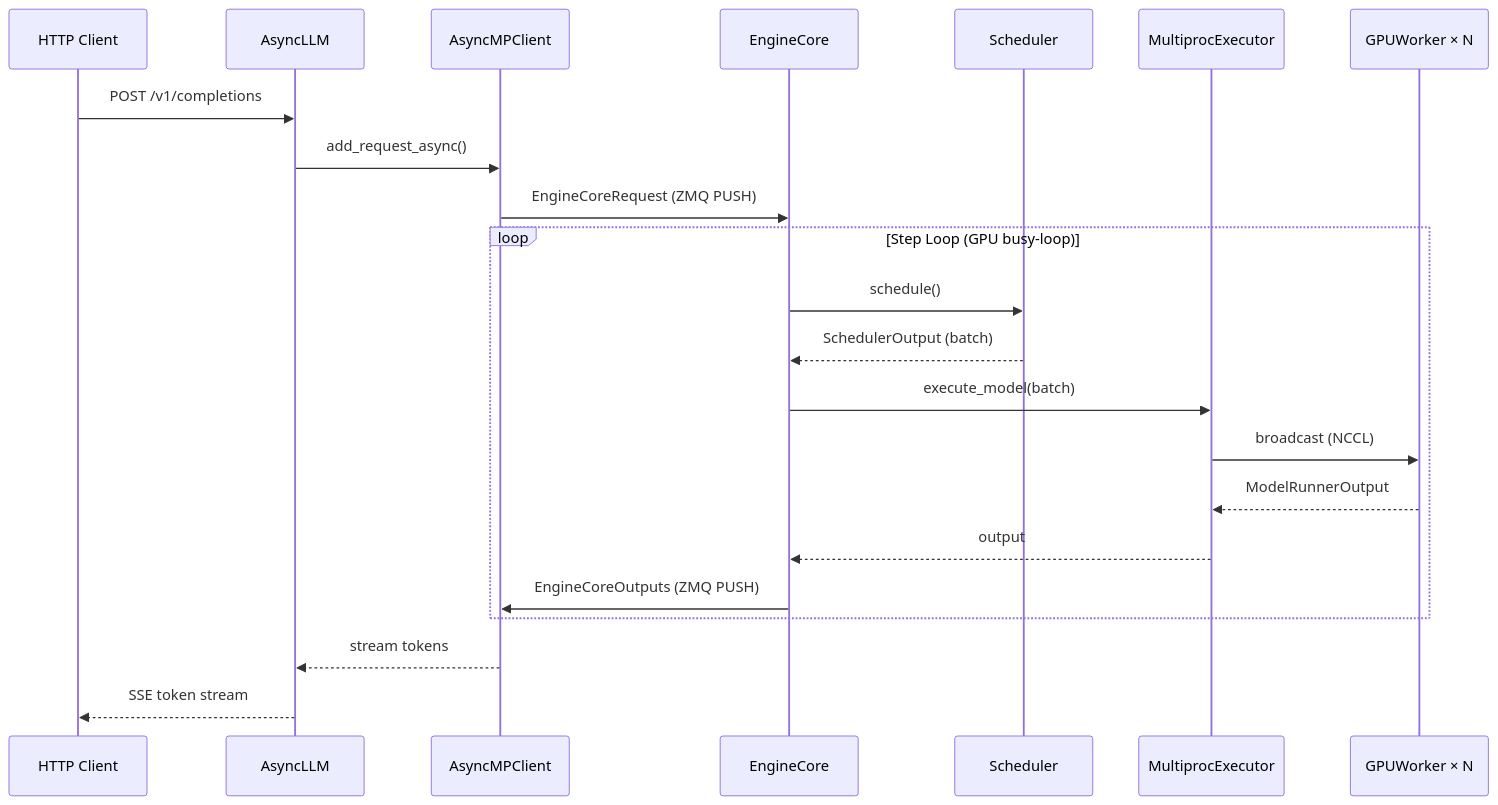
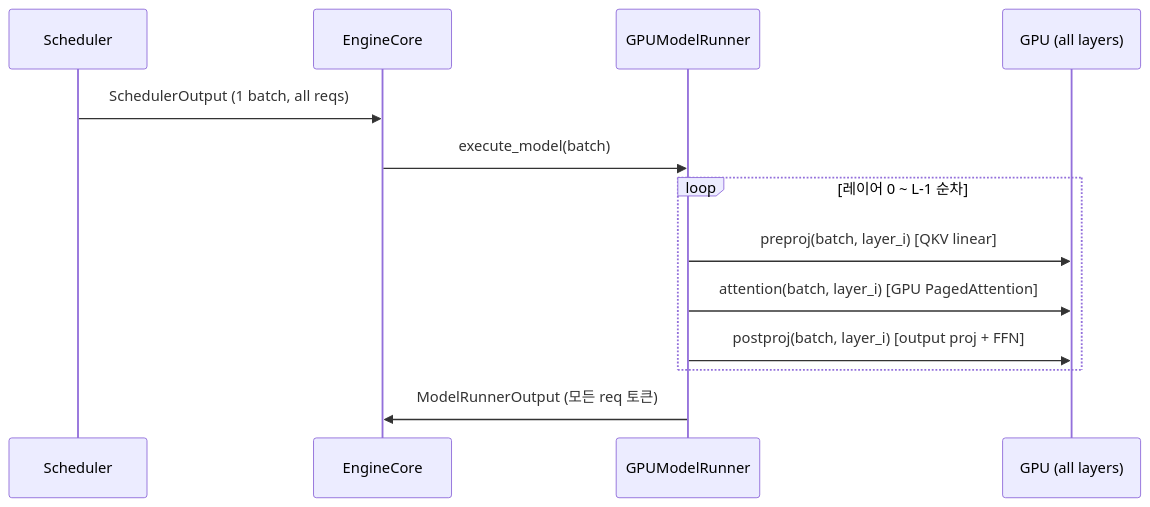
Before and after one commit to mystous/vllm_hybrid: the eighth of 13 diagrams in docs/architecture_comparison.md, drawn with Mermaid. The commit also changed other lines of this file, not shown here.

````diff
--- a/docs/architecture_comparison.md
+++ b/docs/architecture_comparison.md
@@ -111,25 +202,16 @@
 ```mermaid
 sequenceDiagram
-    participant Client as HTTP Client
-    participant API as AsyncLLM
-    participant MP as AsyncMPClient
+    participant SCH as Scheduler
     participant EC as EngineCore
-    participant Sch as Scheduler
-    participant Ex as MultiprocExecutor
-    participant W as GPUWorker × N
+    participant MR as GPUModelRunner
+    participant GPU as GPU (all layers)
 
-    Client->>API: POST /v1/completions
-    API->>MP: add_request_async()
-    MP->>EC: EngineCoreRequest (ZMQ PUSH)
-    loop Step Loop (GPU busy-loop)
-        EC->>Sch: schedule()
-        Sch-->>EC: SchedulerOutput (batch)
-        EC->>Ex: execute_model(batch)
-        Ex->>W: broadcast (NCCL)
-        W-->>Ex: ModelRunnerOutput
-        Ex-->>EC: output
-        EC->>MP: EngineCoreOutputs (ZMQ PUSH)
+    SCH->>EC: SchedulerOutput (1 batch, all reqs)
+    EC->>MR: execute_model(batch)
+    loop 레이어 0 ~ L-1 순차
+        MR->>GPU: preproj(batch, layer_i)  [QKV linear]
+        MR->>GPU: attention(batch, layer_i)  [GPU PagedAttention]
+        MR->>GPU: postproj(batch, layer_i)  [output proj + FFN]
     end
-    MP-->>API: stream tokens
-    API-->>Client: SSE token stream
+    MR->>EC: ModelRunnerOutput (모든 req 토큰)
 ```
````
